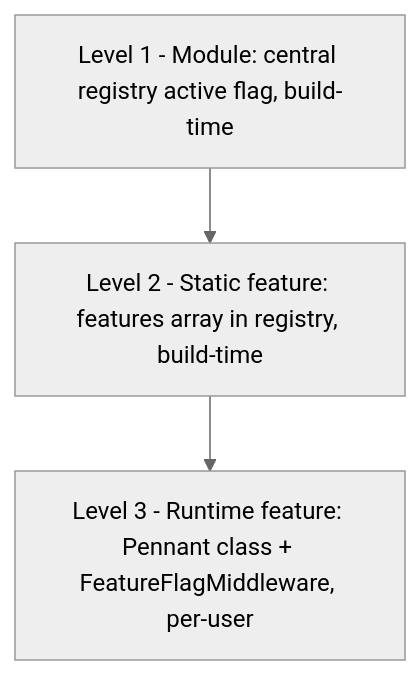
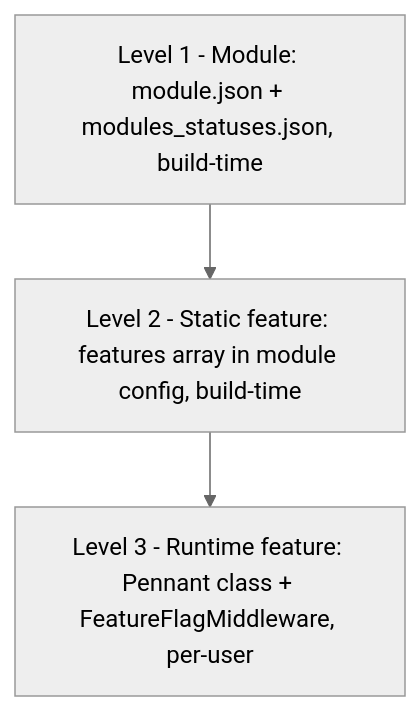
The sixth of 7 diagrams in docs/architecture.md (thomiOmi/laravel-starterkit-api), drawn with Mermaid (neutral theme) before and after one commit. The commit also changed other lines of this file and 39 other files, not shown here.

````diff
--- a/docs/architecture.md
+++ b/docs/architecture.md
@@ -785,7 +770,7 @@
 ```mermaid
 flowchart TB
-    L1["Level 1 - Module: central registry active flag, build-time"]
-    L2["Level 2 - Static feature: features array in registry, build-time"]
+    L1["Level 1 - Module: module.json + modules_statuses.json, build-time"]
+    L2["Level 2 - Static feature: features array in module config, build-time"]
     L3["Level 3 - Runtime feature: Pennant class + FeatureFlagMiddleware, per-user"]
     L1 --> L2 --> L3
 ```
````
